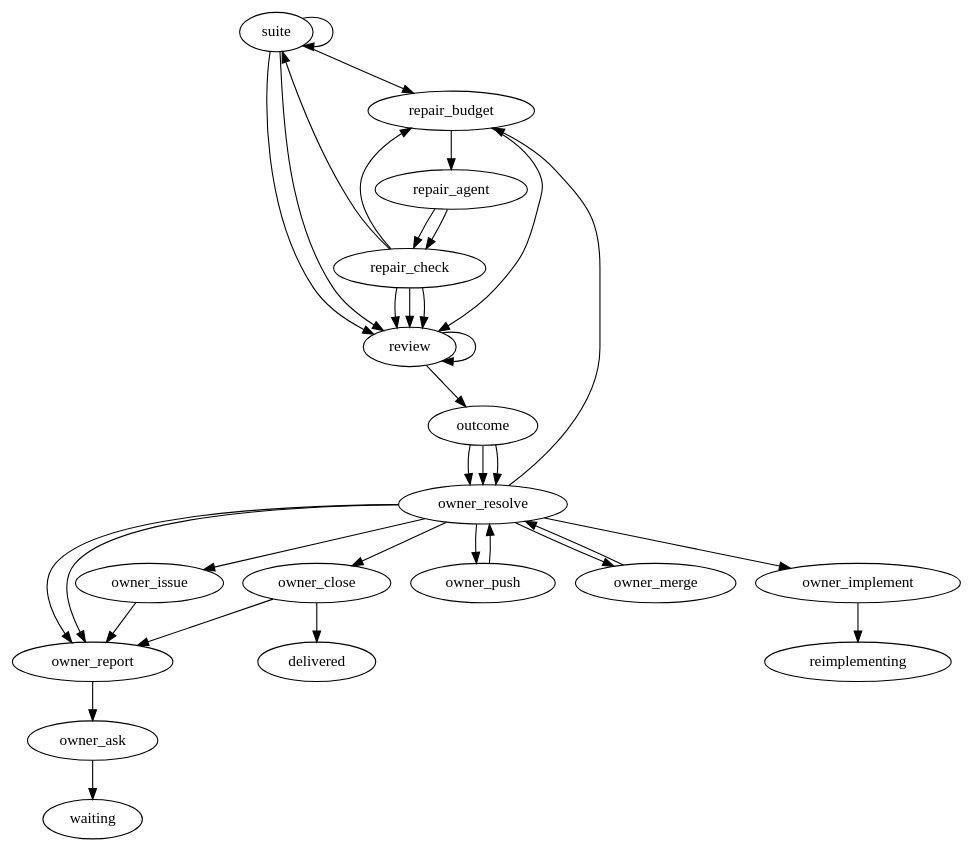
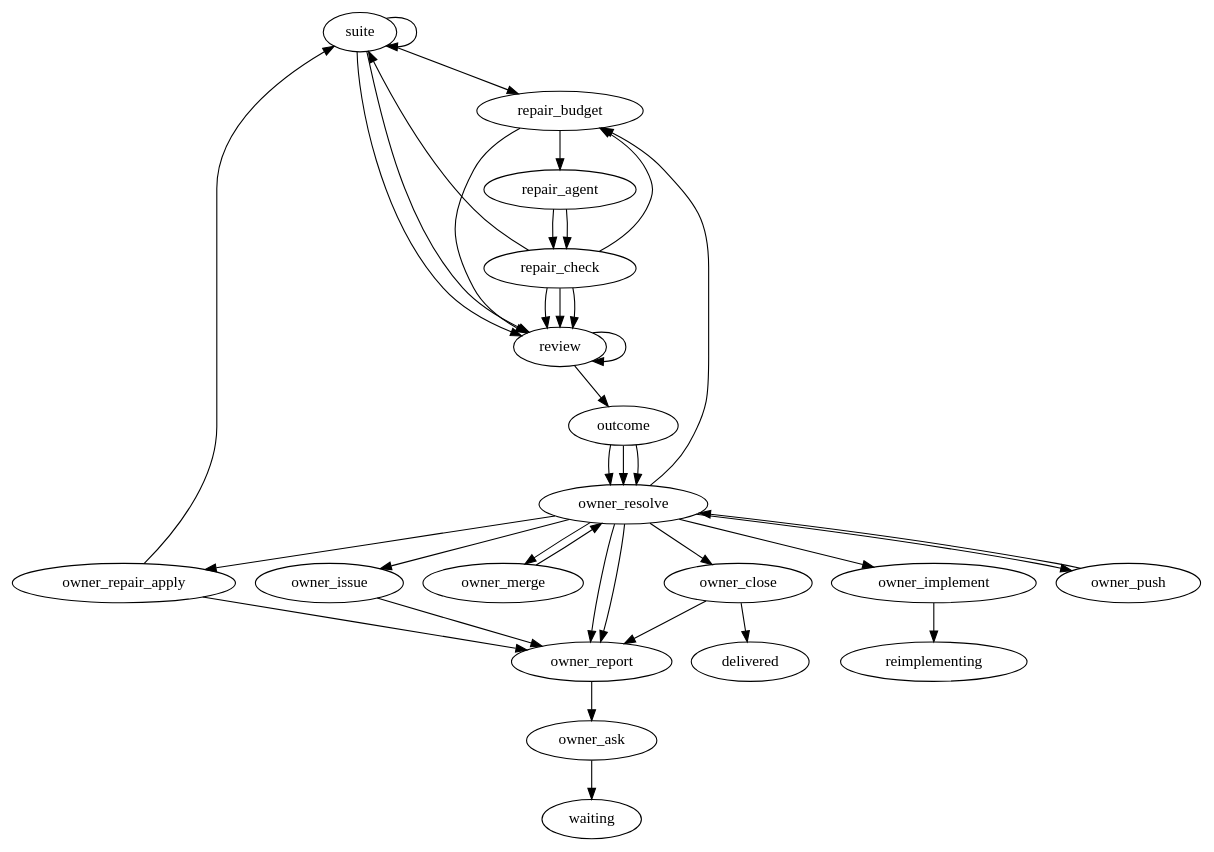
Before and after one commit to marioatcloudvane/litefactory: the diagram in internal/teamsource/validate/validate.dot, drawn with Graphviz. The commit also changed 306 other files, not shown here.

```diff
--- a/internal/teamsource/validate/validate.dot
+++ b/internal/teamsource/validate/validate.dot
@@ -1,138 +1,145 @@
 // Validate checks the code a story branch holds. The factory first runs the full
 // suite on one exact commit. A passed suite goes straight to review. A failed
 // suite gets at most two repair rounds from one write-access agent; the factory
 // measures what the agent really changed, keeps a small change as a new commit
-// and runs the suite on it again, and rejects a change over the limits. Three
+// and runs the suite on it again. Flagged and handback candidates are retained
+// completely before reset for exact owner review; they are not adopted automatically. Three
 // read-only reviewers then assess the final tested commit side by side. The run
 // ends in one of three ends: assessed, handed back to Implement, or blocked.
 //
 // This file is the only place the flow lives. Order, branches, the repair bound,
 // the time budget, the measured limits and the reviewers are all declared here.
 // Go supplies steps; it never picks the next step.
 //
 // After the outcome the owner side begins. The run resolves the owner's reply,
 // refreshes the one report comment and waits for the owner through the existing
 // graph wait; the owner's reply re-enters the resolve step. Every remote effect
 // (follow-up issue, push with pull request, merge, close) is its own step and is
 // reached only from the owner's own command, so one confirmation never implies
 // the next, except the explicit /validate-ship: push and merge return to the
 // resolve step, which carries a ship command on push -> merge -> close until a
 // step fails or delivery ends, and returns to the owner wait after any other
 // command. The run succeeds only after the close step has closed the accepted
 // issues, and the resolve loop is bounded by its lf_limit.
 //
 // The owner may instead send the blocking findings back to Implement with
 // /validate-implement. The implement step reopens every merged story with a
 // blocking finding on the same feature branch, gives each story worker its
 // findings as owner guidance, and starts the parent's Implement coordinator
 // once. The run then ends reimplementing; Validate runs again on the new head
 // when Implement finishes.
 //
 // The owner may choose repair for a finding. Once every blocking finding of the
 // tested commit has a choice, the repair reply starts one repair round for all
 // findings chosen for repair, through the same repair nodes and within the same
 // two-round bound as a failed suite. A kept repair is a new commit, so the suite
 // and the reviewers run again on it; a rejected or spent repair returns to the
 // owner report with its reason. Pending owner checks do not hold the round back.
 //
 // The repair bound is two rounds. Every round is counted from the moment it
 // starts, so a round that times out or is interrupted is used. The time budget
 // is in agent minutes and does not include the time the suite runs. The limits
 // of one repair are the number of files and the kinds of change that are not
 // allowed: package layout, dependencies, schema, public API, a deleted or
 // skipped test and a changed acceptance criterion.
 //
 // Every path to an end passes through review, so a failed or blocked suite still
 // gets static findings. The outcome step decides the end from the recorded
 // facts: a passed suite ends assessed, a suite that still fails ends handed back
 // with what Implement must change, and a suite that could not give a trustworthy
 // answer ends blocked with its reason. Nothing here accepts or approves.
 digraph validate {
  graph [team="go-development", mode="validate", profile_version="1", start="suite"];
 
  // ---- Test the commit ---------------------------------------------------------
  // A finished result for the commit is reused as it is. The suite runs again
  // only on a new commit made by a kept repair.
  suite [lf_action="lf_validate_suite", lf_outcomes="passed,failed,blocked,retry", lf_limit="16"];
 
  // ---- Repair loop (at most two rounds) ---------------------------------------
  repair_budget [lf_action="lf_validate_repair_budget", lf_outcomes="run,spent", lf_rounds="2", lf_suite="suite", lf_limit="6"];
  repair_agent  [lf_action="lf_agent", lf_outcomes="success,failed", lf_agent_markdown="validate-repair", lf_skills="validate-repair-report,litefactory-rules", lf_access="write", lf_budget="15", lf_limit="2"];
  repair_check  [lf_action="lf_validate_repair_check", lf_outcomes="kept,too_big,handback,unfinished,blocked", lf_max_files="3", lf_forbid="package,dependency,schema,api,tests,criteria", lf_source="repair_agent", lf_suite="suite", lf_limit="4"];
 
  // ---- Review the final tested commit (read-only, side by side) ----------------
  review [lf_action="lf_validate_review", lf_outcomes="done,retry", lf_roles="validate-acceptance,validate-code,validate-architecture", lf_standards="validate-architecture", lf_skills="validate-review,litefactory-rules", lf_suite="suite", lf_limit="32"];
 
  // ---- Join the findings and record the end -------------------------------------
  // It is reached once for the first end and once more after each owner repair
  // round and after a spent repair budget; on an unchanged commit it reuses the
  // recorded end.
  outcome [lf_action="lf_validate_outcome", lf_outcomes="assessed,handed_back,blocked", lf_suite="suite", lf_limit="4"];
 
  // ---- Owner resolution ----------------------------------------------------------
  // The loop limit is lf_limit on resolve. When it runs out the run stops and
  // nothing is approved, because every effect needs a command inside the loop.
- owner_resolve [lf_action="lf_validate_resolve", lf_outcomes="wait,create_issue,push,merge,close,implement,stale,repair", lf_suite="suite", lf_limit="24"];
+ owner_resolve [lf_action="lf_validate_resolve", lf_outcomes="wait,create_issue,push,merge,close,implement,stale,repair,apply_repair", lf_suite="suite", lf_limit="24"];
  owner_report  [lf_action="lf_validate_report", lf_outcomes="done", lf_limit="64"];
  owner_ask     [lf_action="lf_validate_ask", lf_outcomes="published", lf_source="owner_resolve", lf_limit="32"];
  owner_issue   [lf_action="lf_validate_issue", lf_outcomes="done", lf_limit="24"];
  owner_push    [lf_action="lf_validate_push", lf_outcomes="done", lf_limit="8"];
  owner_merge   [lf_action="lf_validate_merge", lf_outcomes="done", lf_limit="8"];
  owner_close   [lf_action="lf_validate_close", lf_outcomes="closed,open", lf_limit="8"];
  owner_implement [lf_action="lf_validate_implement", lf_outcomes="started", lf_suite="suite", lf_limit="4"];
+
+ // Exact owner adoption returns through the suite and all reviewers.
+ owner_repair_apply [lf_action="lf_validate_repair_apply", lf_outcomes="applied,blocked", lf_limit="4"];
 
  // ---- Ends ------------------------------------------------------------------------
  // waiting rests on the owner; delivered is reached only from a closed close;
  // reimplementing hands the findings back to Implement.
  waiting        [lf_terminal="true"];
  delivered      [lf_terminal="true"];
  reimplementing [lf_terminal="true"];
 
  // A passed suite needs no repair; a blocked one is not a code failure, so it is
  // not repaired either. A failed suite starts a repair round.
  suite -> review        [lf_on="passed"];
  suite -> repair_budget [lf_on="failed"];
  suite -> review        [lf_on="blocked"];
  suite -> suite         [lf_on="retry"];
 
  // One round: start it (this settles any round a restart left behind), run the
  // agent, measure the real change. A kept change is a new commit and is tested
  // again. A change that is too big, a diagnosis that is a handback and a round
  // that cannot be measured go to review. A round that did not finish, such as a
  // timeout, is used up; the budget decides whether another round may start.
  repair_budget -> repair_agent  [lf_on="run"];
  repair_budget -> review        [lf_on="spent"];
  repair_agent  -> repair_check  [lf_on="success"];
  repair_agent  -> repair_check  [lf_on="failed"];
  repair_check  -> suite         [lf_on="kept"];
  repair_check  -> review        [lf_on="too_big"];
  repair_check  -> review        [lf_on="handback"];
  repair_check  -> repair_budget [lf_on="unfinished"];
  repair_check  -> review        [lf_on="blocked"];
 
  review  -> outcome [lf_on="done"];
  review  -> review  [lf_on="retry"];
 
  // Every end goes to the owner: an assessed run asks what to do with the
  // findings, a handed back or blocked one shows why and what is open.
  outcome -> owner_resolve [lf_on="assessed"];
  outcome -> owner_resolve [lf_on="handed_back"];
  outcome -> owner_resolve [lf_on="blocked"];
 
+ owner_resolve -> owner_repair_apply [lf_on="apply_repair"];
+ owner_repair_apply -> suite [lf_on="applied"];
+ owner_repair_apply -> owner_report [lf_on="blocked"];
  owner_resolve -> owner_report       [lf_on="wait"];
  owner_resolve -> owner_report       [lf_on="stale"];
  owner_resolve -> owner_issue        [lf_on="create_issue"];
  owner_resolve -> repair_budget      [lf_on="repair"];
  owner_resolve -> owner_push         [lf_on="push"];
  owner_resolve -> owner_merge        [lf_on="merge"];
  owner_resolve -> owner_close        [lf_on="close"];
  owner_resolve -> owner_implement    [lf_on="implement"];
  owner_implement -> reimplementing   [lf_on="started"];
  owner_issue -> owner_report       [lf_on="done"];
  owner_push -> owner_resolve      [lf_on="done"];
  owner_merge -> owner_resolve      [lf_on="done"];
  owner_close -> delivered    [lf_on="closed"];
  owner_close -> owner_report       [lf_on="open"];
  owner_report -> owner_ask          [lf_on="done"];
  owner_ask -> waiting      [lf_on="published"];
 }
```
